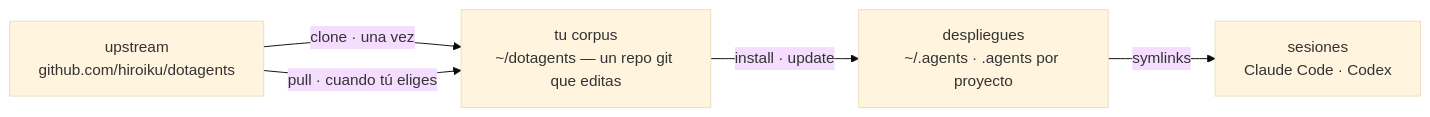
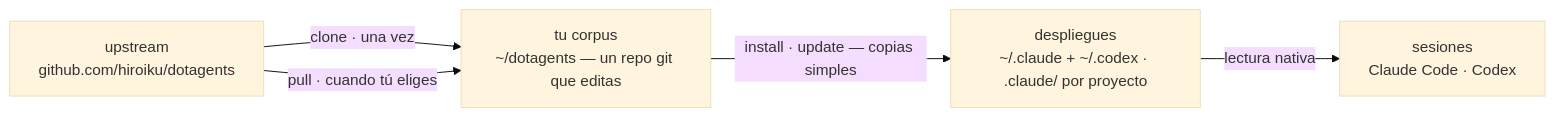
Before and after one commit to hiroiku/dotagents: the diagram in docs/README.es.md, drawn with Mermaid (base theme). The commit also changed other lines of this file and 18 other files, not shown here.

````diff
--- a/docs/README.es.md
+++ b/docs/README.es.md
@@ -18,11 +18,11 @@
 ```mermaid
 flowchart LR
     UP["upstream<br>github.com/hiroiku/dotagents"]
     C["tu corpus<br>~/dotagents — un repo git que editas"]
-    A["despliegues<br>~/.agents · .agents por proyecto"]
+    A["despliegues<br>~/.claude + ~/.codex · .claude/ por proyecto"]
     S["sesiones<br>Claude Code · Codex"]
     UP -->|"clone · una vez"| C
     UP -->|"pull · cuando tú eliges"| C
-    C -->|"install · update"| A
-    A -->|"symlinks"| S
+    C -->|"install · update — copias simples"| A
+    A -->|"lectura nativa"| S
 ```
````
